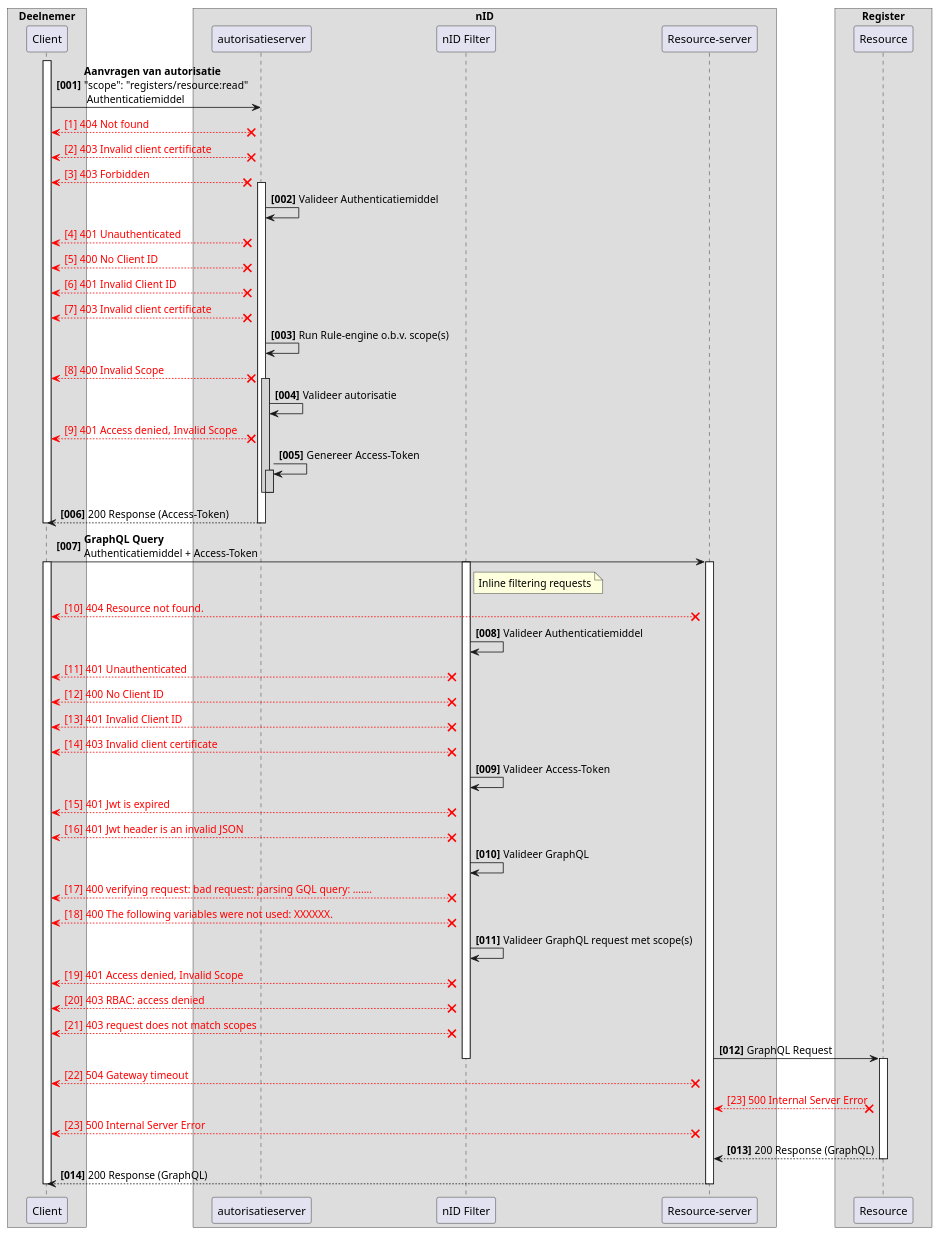
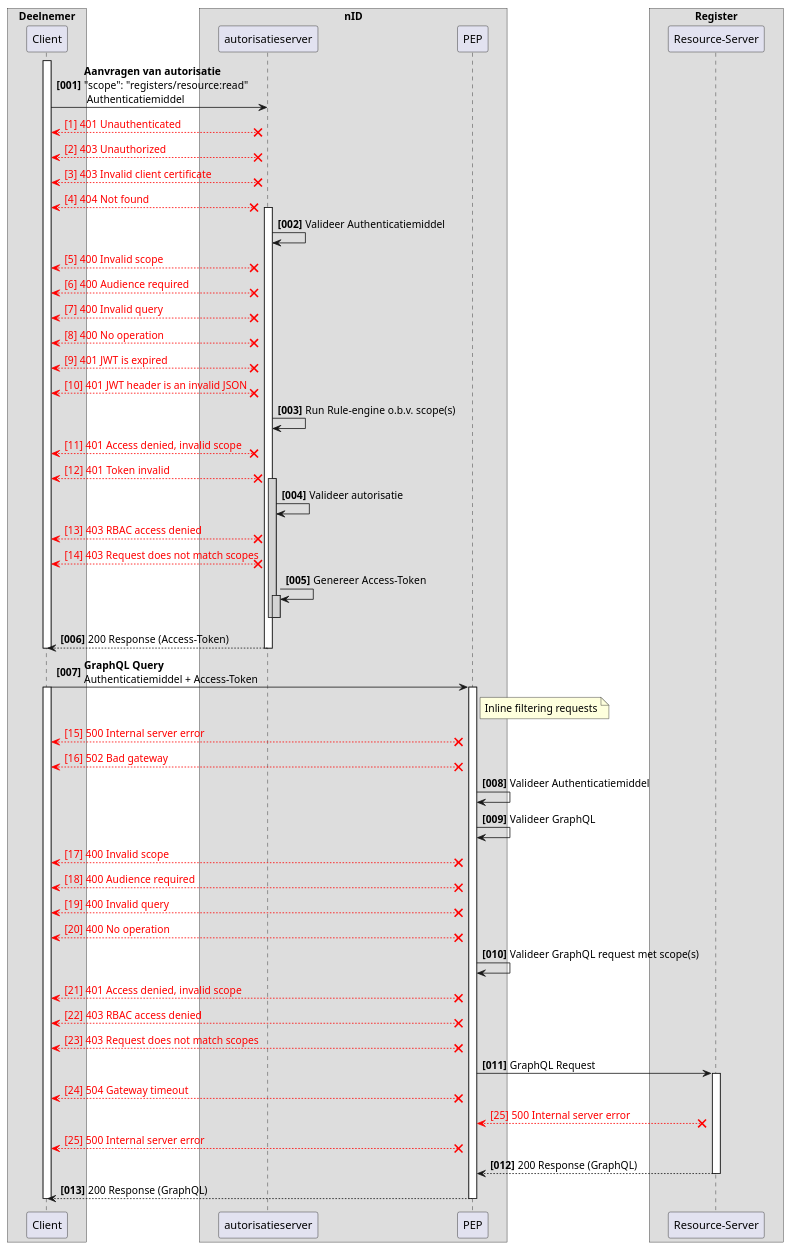
One commit to iStandaarden/iWlz-RequestForComment changed the diagram in plantUMLsrc/rfc0014-02-foutmeldingen_overzicht.puml. Above: the diagram before and after it, drawn with PlantUML. The commit also changed 8 other files, not shown here.

```diff
--- a/plantUMLsrc/rfc0014-02-foutmeldingen_overzicht.puml
+++ b/plantUMLsrc/rfc0014-02-foutmeldingen_overzicht.puml
@@ -1,110 +1,106 @@
-@startuml rfc0014-2-foutmeldingen_overzicht
+@startuml
 ' !pragma teoz true
 
 skinparam ParticipantPadding 20
 skinparam BoxPadding 10
 
 box "Deelnemer"
     participant "Client" as Client
 end box
 
 box "nID"
     participant "autorisatieserver" as AuthzServer
-    participant "nID Filter" as Filter
-    participant "Resource-server" as nIDResourceServer
+    participant "PEP" as Filter
 end box
 
 box "Register"
-    participant "Resource" as BEMRegister
+    participant "Resource-Server" as resourceserver
 end box
 
 autonumber "<b>[000]"
 activate Client
 Client -> AuthzServer: **Aanvragen van autorisatie**\n"scope": "registers/resource:read"\n Authenticatiemiddel
 
 autonumber stop
-Client <-[#red]-X AuthzServer:<color:red>[1] 404 Not found
-Client <-[#red]-X AuthzServer:<color:red>[2] 403 Invalid client certificate
-Client <-[#red]-X AuthzServer:<color:red>[3] 403 Forbidden
+Client <-[#red]-X AuthzServer:<color:red>[1] 401 Unauthenticated
+Client <-[#red]-X AuthzServer:<color:red>[2] 403 Unauthorized
+Client <-[#red]-X AuthzServer:<color:red>[3] 403 Invalid client certificate
+Client <-[#red]-X AuthzServer:<color:red>[4] 404 Not found
 autonumber resume
 
 activate AuthzServer
 AuthzServer -> AuthzServer: Valideer Authenticatiemiddel
 autonumber stop
-Client <-[#red]-X AuthzServer:<color:red>[4] 401 Unauthenticated
-Client <-[#red]-X AuthzServer:<color:red>[5] 400 No Client ID
-Client <-[#red]-X AuthzServer:<color:red>[6] 401 Invalid Client ID
-Client <-[#red]-X AuthzServer:<color:red>[7] 403 Invalid client certificate
+Client <-[#red]-X AuthzServer:<color:red>[5] 400 Invalid scope
+Client <-[#red]-X AuthzServer:<color:red>[6] 400 Audience required
+Client <-[#red]-X AuthzServer:<color:red>[7] 400 Invalid query
+Client <-[#red]-X AuthzServer:<color:red>[8] 400 No operation
+Client <-[#red]-X AuthzServer:<color:red>[9] 401 JWT is expired
+Client <-[#red]-X AuthzServer:<color:red>[10] 401 JWT header is an invalid JSON
 autonumber resume
 
 AuthzServer -> AuthzServer: Run Rule-engine o.b.v. scope(s)
 autonumber stop
-Client <-[#red]-X AuthzServer:<color:red>[8] 400 Invalid Scope
+Client <-[#red]-X AuthzServer:<color:red>[11] 401 Access denied, invalid scope
+Client <-[#red]-X AuthzServer:<color:red>[12] 401 Token invalid
 autonumber resume
 activate AuthzServer #LightGray
 AuthzServer -> AuthzServer: Valideer autorisatie
 autonumber stop
-Client <-[#red]-X AuthzServer:<color:red>[9] 401 Access denied, Invalid Scope
+Client <-[#red]-X AuthzServer:<color:red>[13] 403 RBAC access denied
+Client <-[#red]-X AuthzServer:<color:red>[14] 403 Request does not match scopes
 autonumber resume
+
 AuthzServer -> AuthzServer: Genereer Access-Token
 activate AuthzServer #LightGray
 deactivate AuthzServer
 deactivate AuthzServer
 AuthzServer --> Client --: 200 Response (Access-Token)
 deactivate AuthzServer
 deactivate Client
 
-Client -> nIDResourceServer: **GraphQL Query**\nAuthenticatiemiddel + Access-Token
-activate nIDResourceServer
+Client -> Filter: **GraphQL Query**\nAuthenticatiemiddel + Access-Token
+
 activate Filter
 note right of Filter: Inline filtering requests
 activate Client
 autonumber stop
-    Client <-[#red]-X nIDResourceServer: <color:red>[10] 404 Resource not found.
-autonumber resume
-Filter -> Filter: Valideer Authenticatiemiddel
-autonumber stop
-Client <-[#red]-X Filter:<color:red>[11] 401 Unauthenticated
-Client <-[#red]-X Filter:<color:red>[12] 400 No Client ID
-Client <-[#red]-X Filter:<color:red>[13] 401 Invalid Client ID
-Client <-[#red]-X Filter:<color:red>[14] 403 Invalid client certificate
+    Client <-[#red]-X Filter: <color:red>[15] 500 Internal server error
+    Client <-[#red]-X Filter: <color:red>[16] 502 Bad gateway
 autonumber resume
 
-Filter -> Filter: Valideer Access-Token
-autonumber stop
-    Client <-[#red]-X Filter: <color:red>[15] 401 Jwt is expired
-    Client <-[#red]-X Filter: <color:red>[16] 401 Jwt header is an invalid JSON
-autonumber resume
-
+Filter -> Filter: Valideer Authenticatiemiddel
 
 Filter -> Filter: Valideer GraphQL
 autonumber stop
-    Client <-[#red]-X Filter: <color:red>[17] 400 verifying request: bad request: parsing GQL query: .......
-    Client <-[#red]-X Filter: <color:red>[18] 400 The following variables were not used: XXXXXX.
+    Client <-[#red]-X Filter: <color:red>[17] 400 Invalid scope
+    Client <-[#red]-X Filter: <color:red>[18] 400 Audience required
+    Client <-[#red]-X Filter: <color:red>[19] 400 Invalid query
+    Client <-[#red]-X Filter: <color:red>[20] 400 No operation
 autonumber resume
 
 Filter -> Filter: Valideer GraphQL request met scope(s)
 
 autonumber stop
-    Client <-[#red]-X Filter: <color:red>[19] 401 Access denied, Invalid Scope
-    Client <-[#red]-X Filter: <color:red>[20] 403 RBAC: access denied
-    Client <-[#red]-X Filter: <color:red>[21] 403 request does not match scopes
+    Client <-[#red]-X Filter: <color:red>[21] 401 Access denied, invalid scope
+    Client <-[#red]-X Filter: <color:red>[22] 403 RBAC access denied
+    Client <-[#red]-X Filter: <color:red>[23] 403 Request does not match scopes
 autonumber resume
 
-nIDResourceServer -> BEMRegister: GraphQL Request
-deactivate Filter
-activate BEMRegister
+Filter -> resourceserver: GraphQL Request
+
+activate resourceserver
 autonumber stop
-    Client <-[#red]-X nIDResourceServer: <color:red>[22] 504 Gateway timeout
-    nIDResourceServer <-[#red]-X BEMRegister: <color:red>[23] 500 Internal Server Error
-    Client <-[#red]-X nIDResourceServer: <color:red>[23] 500 Internal Server Error
+    Client <-[#red]-X Filter: <color:red>[24] 504 Gateway timeout
+    Filter <-[#red]-X resourceserver: <color:red>[25] 500 Internal server error
+    Client <-[#red]-X Filter: <color:red>[25] 500 Internal server error
 autonumber resume
 
-BEMRegister --> nIDResourceServer: 200 Response (GraphQL)
-deactivate BEMRegister
+resourceserver --> Filter: 200 Response (GraphQL)
+deactivate resourceserver
 
-nIDResourceServer --> Client: 200 Response (GraphQL)
-deactivate nIDResourceServer
+Filter --> Client: 200 Response (GraphQL)
+deactivate Filter
 
 deactivate Client
 @enduml
```
